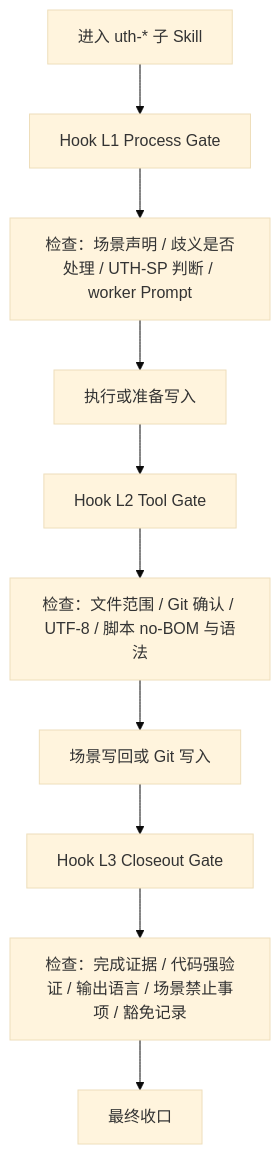
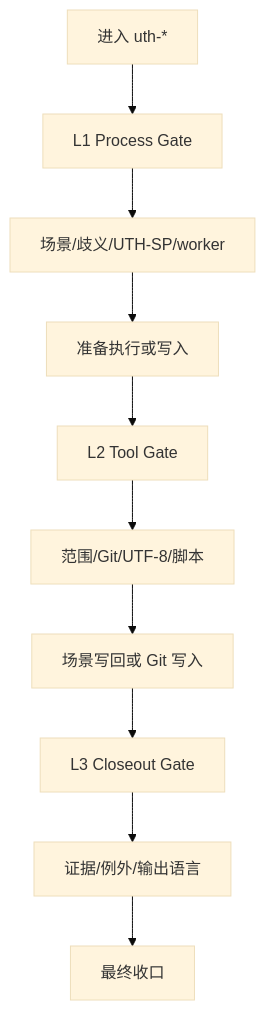
Before and after one commit to undertaker33/uth-governance: the seventh of 7 diagrams in docs/FLOW_全链路流程图.md, drawn with Mermaid (base theme). The commit also changed other lines of this file and 3 other files, not shown here.

````diff
--- a/docs/FLOW_全链路流程图.md
+++ b/docs/FLOW_全链路流程图.md
@@ -388,12 +132,12 @@
 ```mermaid
 flowchart TD
-    A["进入 uth-* 子 Skill"] --> B["Hook L1 Process Gate"]
-    B --> B1["检查：场景声明 / 歧义是否处理 / UTH-SP 判断 / worker Prompt"]
-    B1 --> C["执行或准备写入"]
-    C --> D["Hook L2 Tool Gate"]
-    D --> D1["检查：文件范围 / Git 确认 / UTF-8 / 脚本 no-BOM 与语法"]
-    D1 --> E["场景写回或 Git 写入"]
-    E --> F["Hook L3 Closeout Gate"]
-    F --> F1["检查：完成证据 / 代码强验证 / 输出语言 / 场景禁止事项 / 豁免记录"]
-    F1 --> G["最终收口"]
+    A["进入 uth-*"] --> B["L1 Process Gate"]
+    B --> C["场景/歧义/UTH-SP/worker"]
+    C --> D["准备执行或写入"]
+    D --> E["L2 Tool Gate"]
+    E --> F["范围/Git/UTF-8/脚本"]
+    F --> G["场景写回或 Git 写入"]
+    G --> H["L3 Closeout Gate"]
+    H --> I["证据/例外/输出语言"]
+    I --> J["最终收口"]
 ```
````
